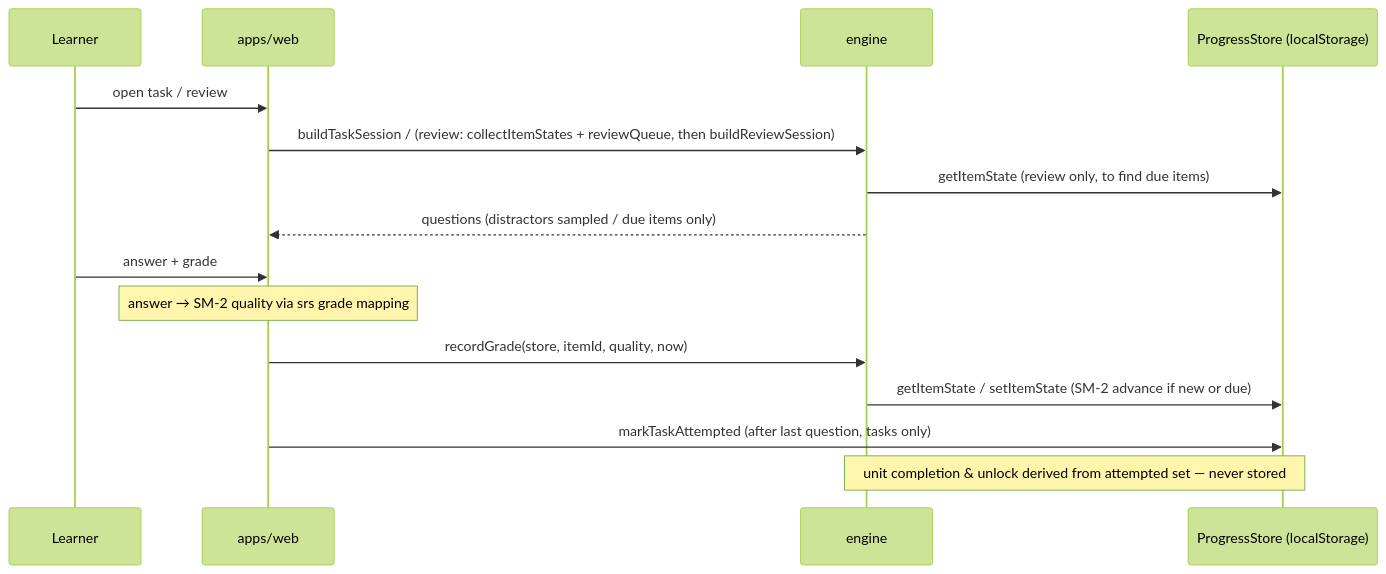
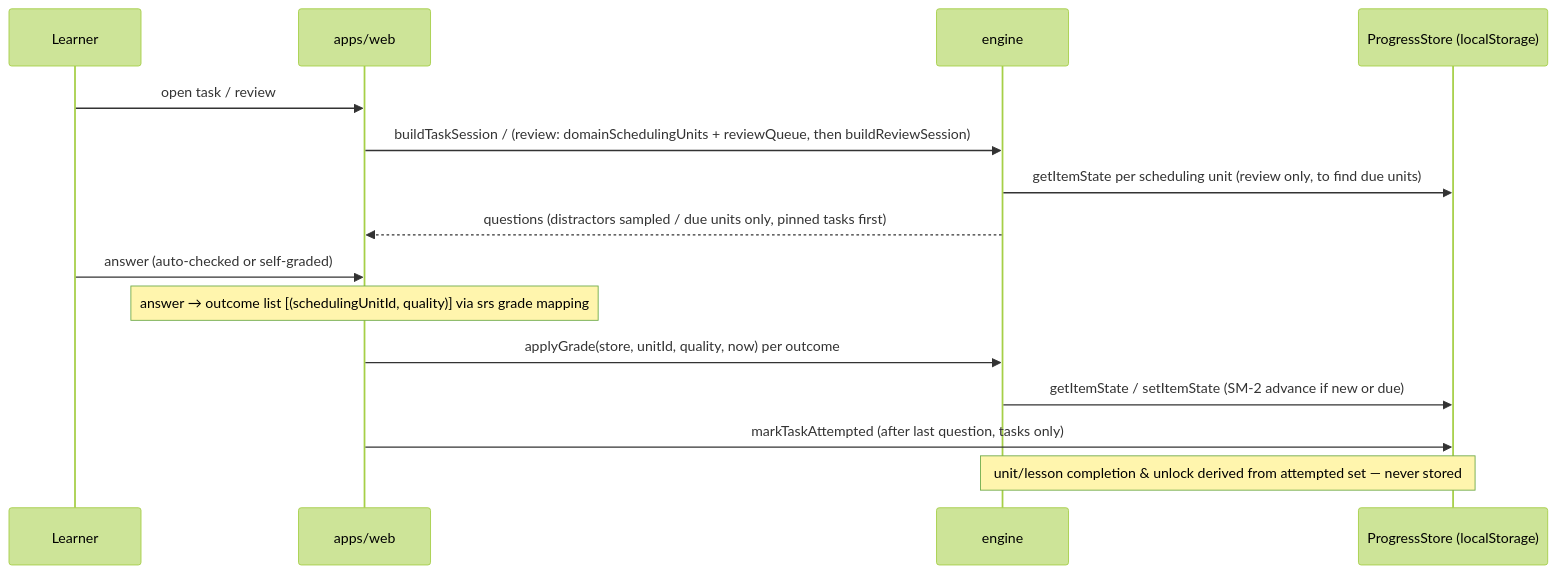
One commit to MoritzHauer/BetterBeaver changed the second of 3 diagrams in docs/architecture.md. Above: the diagram before and after it, drawn with Mermaid (forest theme). The commit also changed other lines of this file and 12 other files, not shown here.

````diff
--- a/docs/architecture.md
+++ b/docs/architecture.md
@@ -55,18 +58,18 @@
 ```mermaid
 sequenceDiagram
     participant U as Learner
     participant W as apps/web
     participant E as engine
     participant P as ProgressStore (localStorage)
 
     U->>W: open task / review
-    W->>E: buildTaskSession / (review: collectItemStates + reviewQueue, then buildReviewSession)
-    E->>P: getItemState (review only, to find due items)
-    E-->>W: questions (distractors sampled / due items only)
-    U->>W: answer + grade
-    Note over W: answer → SM-2 quality via srs grade mapping
-    W->>E: recordGrade(store, itemId, quality, now)
+    W->>E: buildTaskSession / (review: domainSchedulingUnits + reviewQueue, then buildReviewSession)
+    E->>P: getItemState per scheduling unit (review only, to find due units)
+    E-->>W: questions (distractors sampled / due units only, pinned tasks first)
+    U->>W: answer (auto-checked or self-graded)
+    Note over W: answer → outcome list [(schedulingUnitId, quality)] via srs grade mapping
+    W->>E: applyGrade(store, unitId, quality, now) per outcome
     E->>P: getItemState / setItemState (SM-2 advance if new or due)
     W->>P: markTaskAttempted (after last question, tasks only)
-    Note over E,P: unit completion & unlock derived from attempted set — never stored
+    Note over E,P: unit/lesson completion & unlock derived from attempted set — never stored
 ```
````
